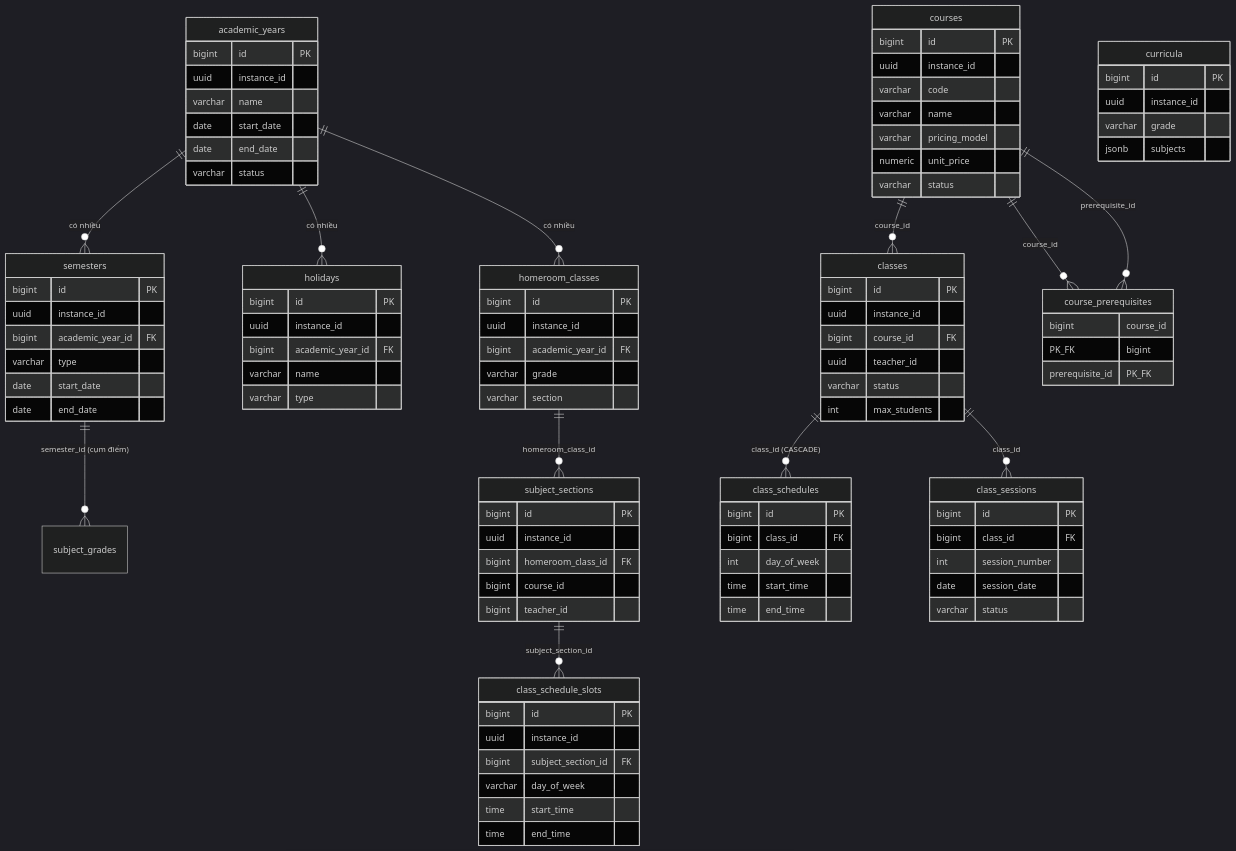
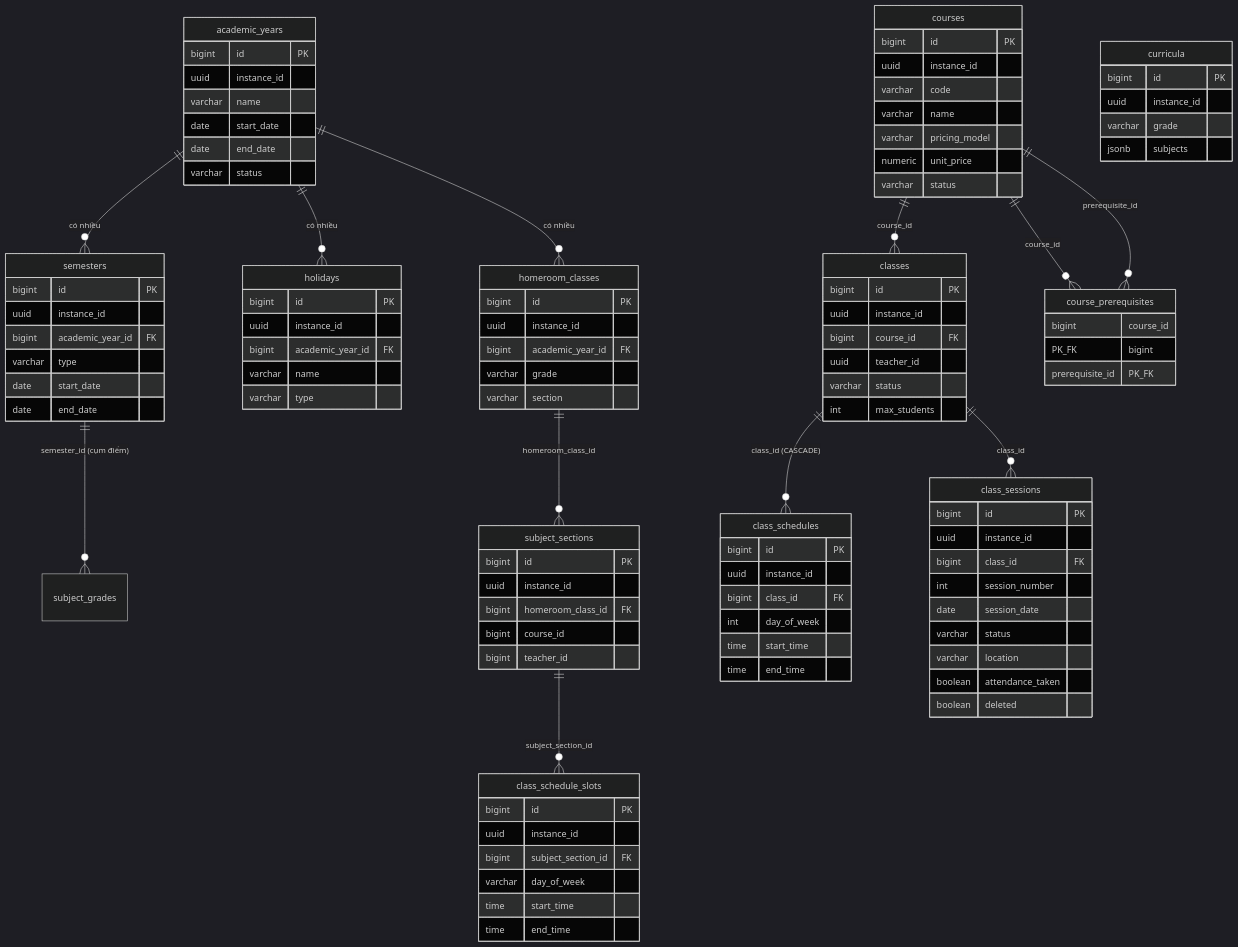
The diagram in documents/02-architecture/database/kiteclass/01-academic-structure.md (VictorAurelius/2026-Kite-Class-Platform), drawn with Mermaid (dark theme) before and after one commit. The commit also changed other lines of this file and 66 other files, not shown here.

```diff
--- a/documents/02-architecture/database/kiteclass/01-academic-structure.md
+++ b/documents/02-architecture/database/kiteclass/01-academic-structure.md
@@ -97,6 +99,7 @@
     }
     class_schedules {
         bigint id PK
+        uuid instance_id
         bigint class_id FK
         int day_of_week
         time start_time
@@ -104,10 +107,14 @@
     }
     class_sessions {
         bigint id PK
+        uuid instance_id
         bigint class_id FK
         int session_number
         date session_date
         varchar status
+        varchar location
+        boolean attendance_taken
+        boolean deleted
     }
     homeroom_classes {
         bigint id PK
```
